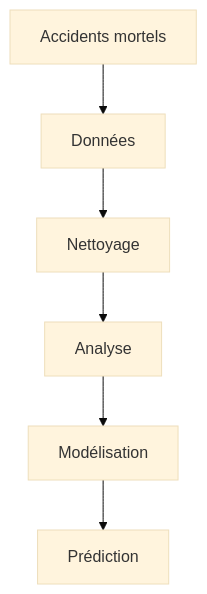
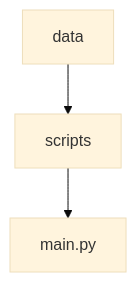
One commit to lombarma/ProjetE3FIAccidentsMortels changed the diagram in README.md. Above: the diagram before and after it, drawn with Mermaid (base theme).

````diff
--- a/README.md
+++ b/README.md
@@ -3,8 +3,5 @@
 ```mermaid
 graph TD
-A[Accidents mortels] --> B[Données]
-B --> C[Nettoyage]
-C --> D[Analyse]
-D --> E[Modélisation]
-E --> F[Prédiction]
+A[scripts] --> B[main.py]
+C[data] --> A
 ```
````
